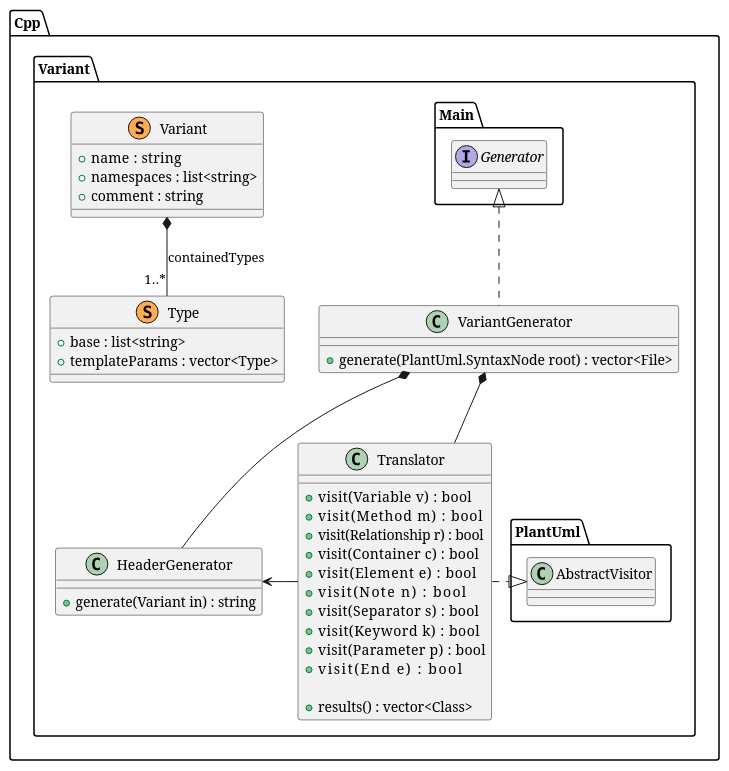
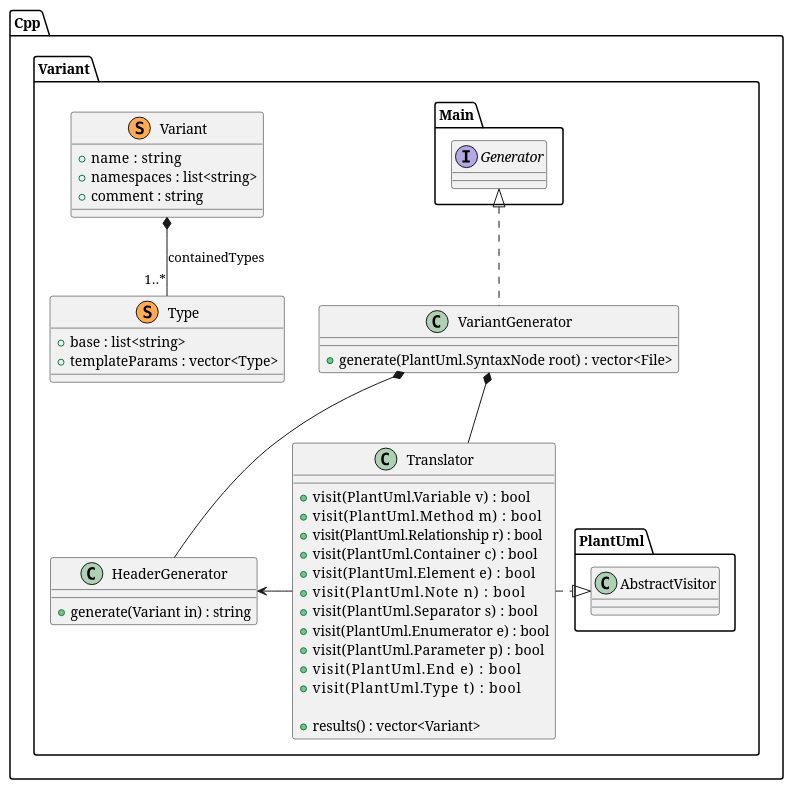
One commit to jteuber/PlantUML2Cpp changed the diagram in models/Variant.puml. Above: the diagram before and after it, drawn with PlantUML. The commit also changed 4 other files, not shown here.

```diff
--- a/models/Variant.puml
+++ b/models/Variant.puml
@@ -1,51 +1,52 @@
 @startuml Variant
 
 namespace Cpp {
     namespace Variant {
         ' *************** ALGORITHMS ***************
         class HeaderGenerator {
             +generate(Variant in) : string
         }
 
         class Translator
         {
-            +visit(Variable v)     : bool
-            +visit(Method m)       : bool
-            +visit(Relationship r) : bool
-            +visit(Container c)    : bool
-            +visit(Element e)      : bool
-            +visit(Note n)         : bool
-            +visit(Separator s)    : bool
-            +visit(Keyword k)      : bool
-            +visit(Parameter p)    : bool
-            +visit(End e)          : bool
+            +visit(PlantUml.Variable v)     : bool
+            +visit(PlantUml.Method m)       : bool
+            +visit(PlantUml.Relationship r) : bool
+            +visit(PlantUml.Container c)    : bool
+            +visit(PlantUml.Element e)      : bool
+            +visit(PlantUml.Note n)         : bool
+            +visit(PlantUml.Separator s)    : bool
+            +visit(PlantUml.Enumerator e)   : bool
+            +visit(PlantUml.Parameter p)    : bool
+            +visit(PlantUml.End e)          : bool
+            +visit(PlantUml.Type t)         : bool
 
-            +results() : vector<Class>
+            +results() : vector<Variant>
         }
         Translator .|> PlantUml.AbstractVisitor
         Translator -left-> HeaderGenerator
 
 
         class VariantGenerator implements Main.Generator {
             +generate(PlantUml.SyntaxNode root) : vector<File>
         }
         VariantGenerator *-- Translator
         VariantGenerator *-- HeaderGenerator
 
         class Type << (S,#FFAA55) >>
         {
             +base : list<string>
             +templateParams : vector<Type>
         }
 
         class Variant << (S,#FFAA55) >>
         {
             +name  : string
             +namespaces : list<string>
             +comment : string
         }
 
         Variant *-- "1..*" Type : containedTypes
     }
 }
 @enduml
```
